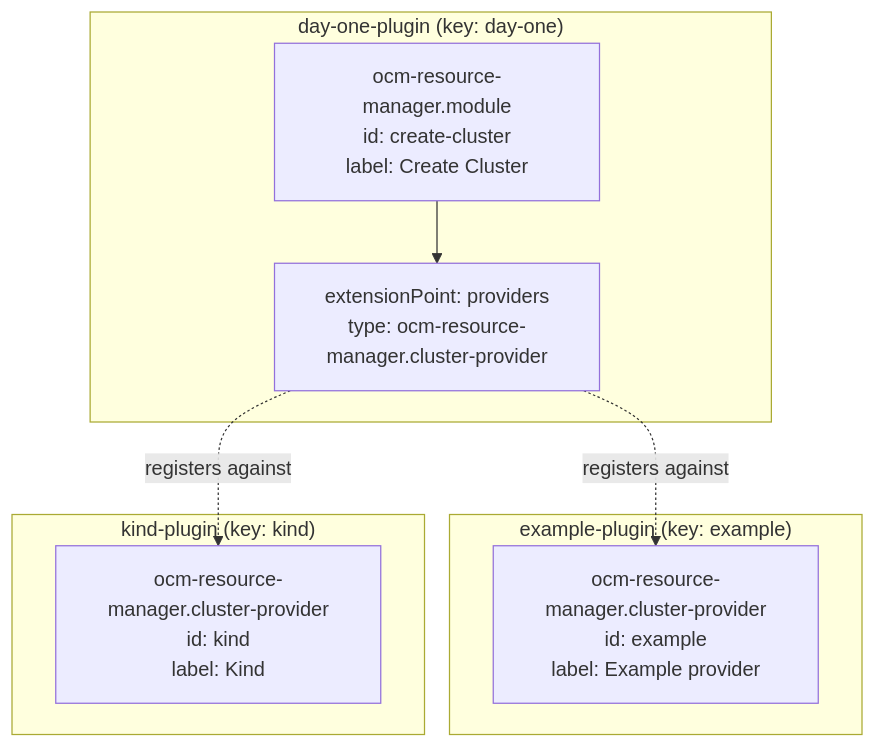
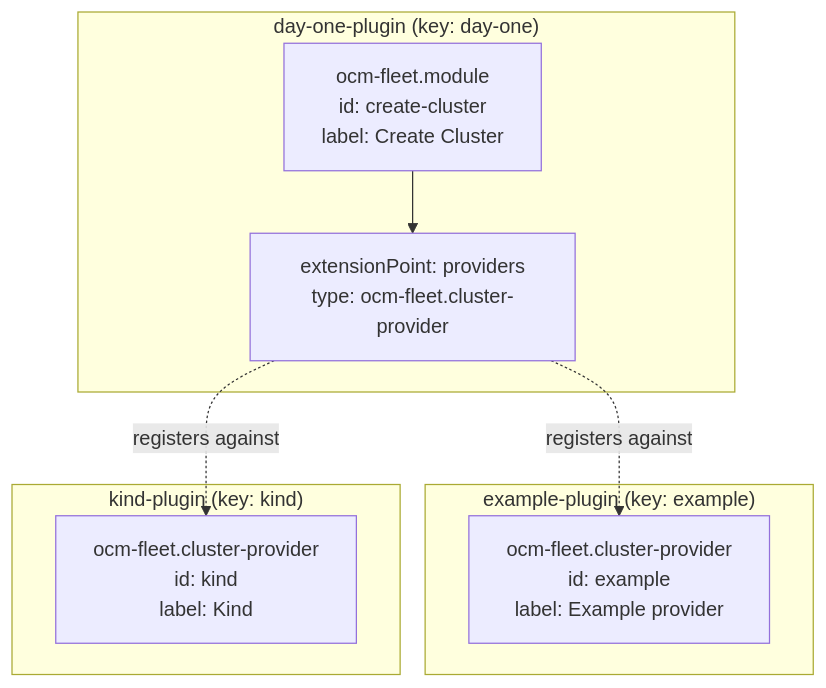
One commit to fleetshift/fleetshift-poc changed the first of 3 diagrams in docs/ui/feature-contracts.md. Above: the diagram before and after it, drawn with Mermaid. The commit also changed other lines of this file and 819 other files, not shown here.

Commit message:
Use OCM Fleet for project identity and terminology

````diff
--- a/docs/ui/feature-contracts.md
+++ b/docs/ui/feature-contracts.md
@@ -139,19 +139,19 @@
 ```mermaid
 graph TD
     subgraph "day-one-plugin (key: day-one)"
-        F["ocm-resource-manager.module<br/>id: create-cluster<br/>label: Create Cluster"]
-        EP["extensionPoint: providers<br/>type: ocm-resource-manager.cluster-provider"]
+        F["ocm-fleet.module<br/>id: create-cluster<br/>label: Create Cluster"]
+        EP["extensionPoint: providers<br/>type: ocm-fleet.cluster-provider"]
         F --> EP
     end
 
     subgraph "example-plugin (key: example)"
-        E1["ocm-resource-manager.cluster-provider<br/>id: example<br/>label: Example provider"]
+        E1["ocm-fleet.cluster-provider<br/>id: example<br/>label: Example provider"]
     end
 
     subgraph "kind-plugin (key: kind)"
-        E2["ocm-resource-manager.cluster-provider<br/>id: kind<br/>label: Kind"]
+        E2["ocm-fleet.cluster-provider<br/>id: kind<br/>label: Kind"]
     end
 
     EP -.->|"registers against"| E1
     EP -.->|"registers against"| E2
 ```
````
